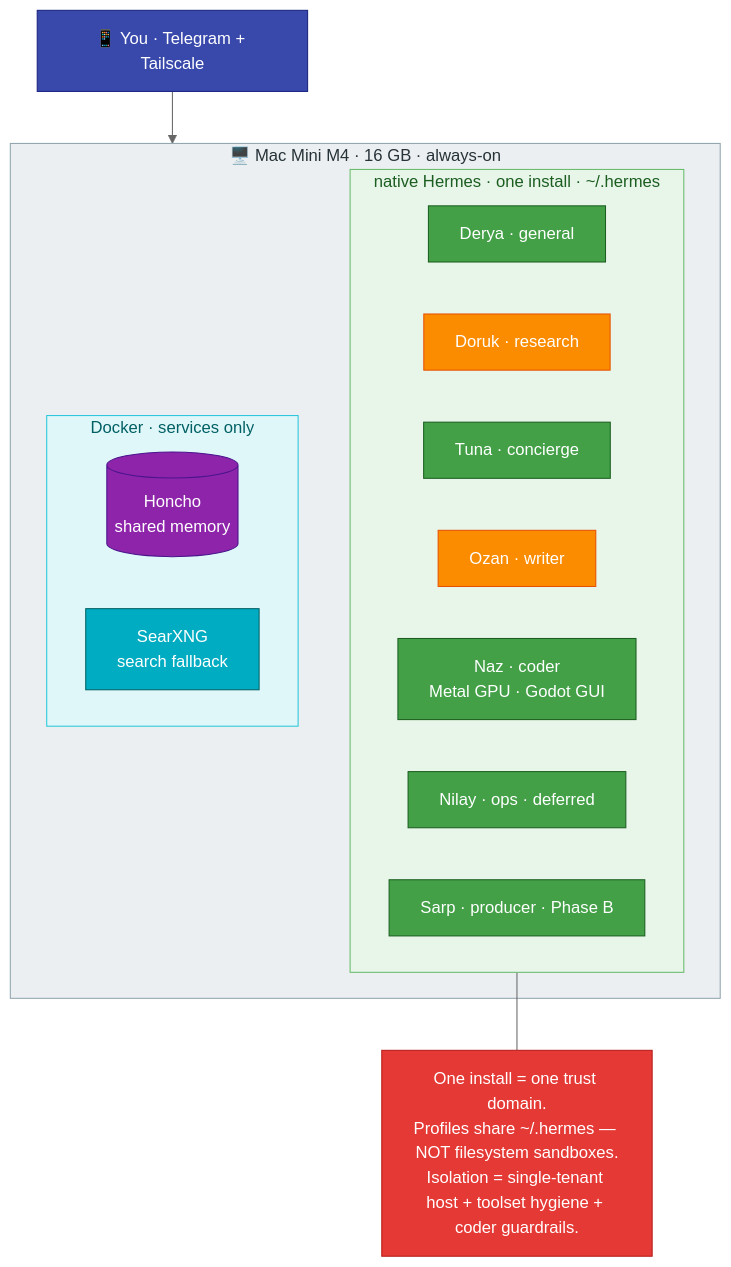
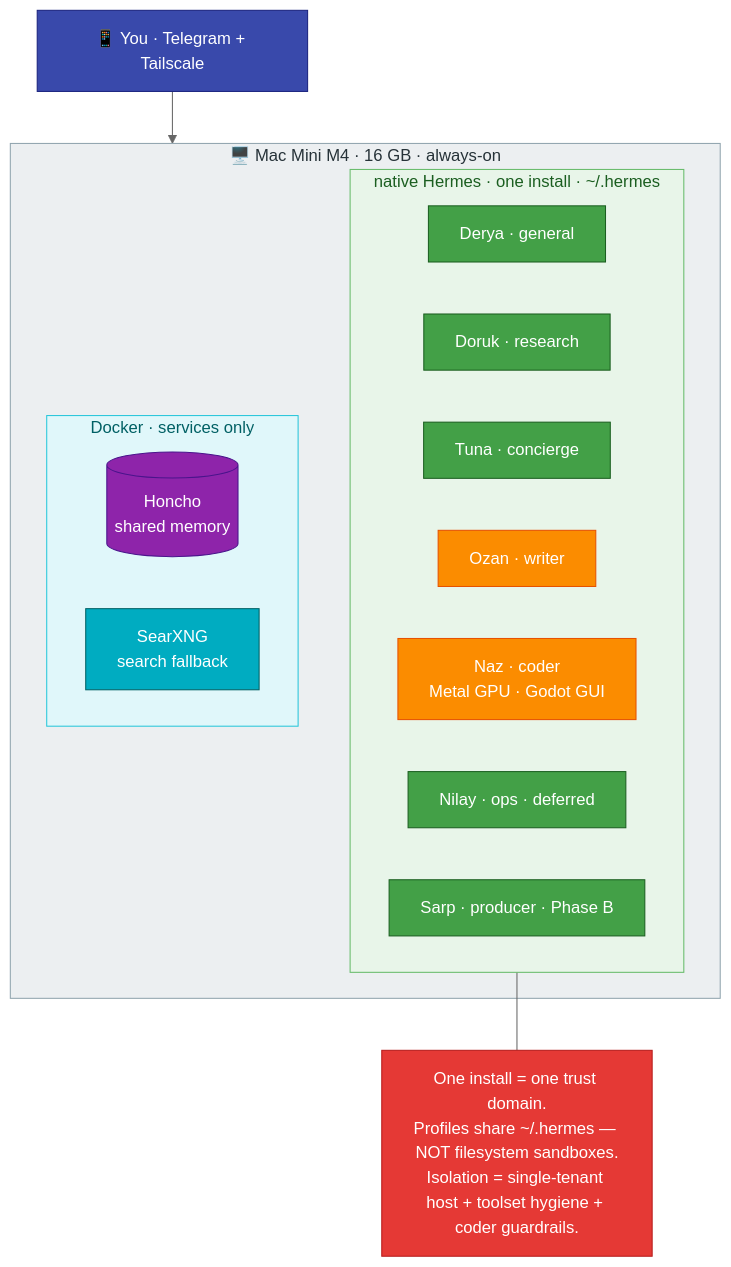
One commit to mpolatcan/hermes-setup changed the diagram in docs/01-architecture.md. Above: the diagram before and after it, drawn with Mermaid (neutral theme). The commit also changed 4 other files, not shown here.

First line of the commit message:
docs(models): Codex = coder + writer; research -> MiniMax M3

````diff
--- a/docs/01-architecture.md
+++ b/docs/01-architecture.md
@@ -7,30 +7,30 @@
 ```mermaid
 flowchart TB
     subgraph mini["🖥️ Mac Mini M4 · 16 GB · always-on"]
         subgraph hermes["native Hermes · one install · ~/.hermes"]
             k["Derya · general"]:::mini
-            m["Doruk · research"]:::codex
+            m["Doruk · research"]:::mini
             u["Tuna · concierge"]:::mini
             w["Ozan · writer"]:::codex
-            c["Naz · coder<br/>Metal GPU · Godot GUI"]:::mini
+            c["Naz · coder<br/>Metal GPU · Godot GUI"]:::codex
             o["Nilay · ops · deferred"]:::mini
             p["Sarp · producer · Phase B"]:::mini
         end
         subgraph svc["Docker · services only"]
             Honcho[("Honcho<br/>shared memory")]:::infra
             SearXNG["SearXNG<br/>search fallback"]:::svc
         end
     end
     phone["📱 You · Telegram + Tailscale"]:::user --> mini
     note["One install = one trust domain.<br/>Profiles share ~/.hermes — NOT filesystem sandboxes.<br/>Isolation = single-tenant host + toolset hygiene + coder guardrails."]:::danger
     hermes --- note
     classDef user fill:#3949AB,stroke:#1A237E,color:#fff
     classDef mini fill:#43A047,stroke:#1B5E20,color:#fff
     classDef codex fill:#FB8C00,stroke:#E65100,color:#fff
     classDef infra fill:#8E24AA,stroke:#4A148C,color:#fff
     classDef svc fill:#00ACC1,stroke:#006064,color:#fff
     classDef danger fill:#E53935,stroke:#B71C1C,color:#fff
     style mini fill:#ECEFF1,stroke:#90A4AE,color:#263238
     style hermes fill:#E8F5E9,stroke:#66BB6A,color:#1B5E20
     style svc fill:#E0F7FA,stroke:#26C6DA,color:#006064
 ```
````
